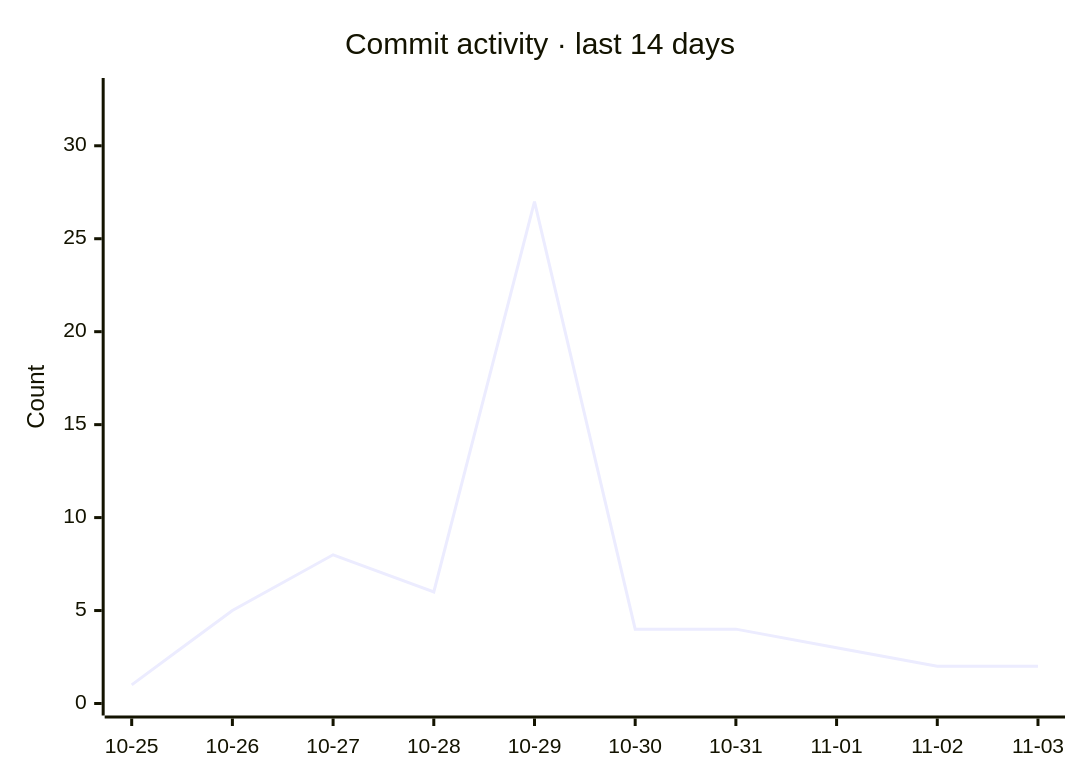
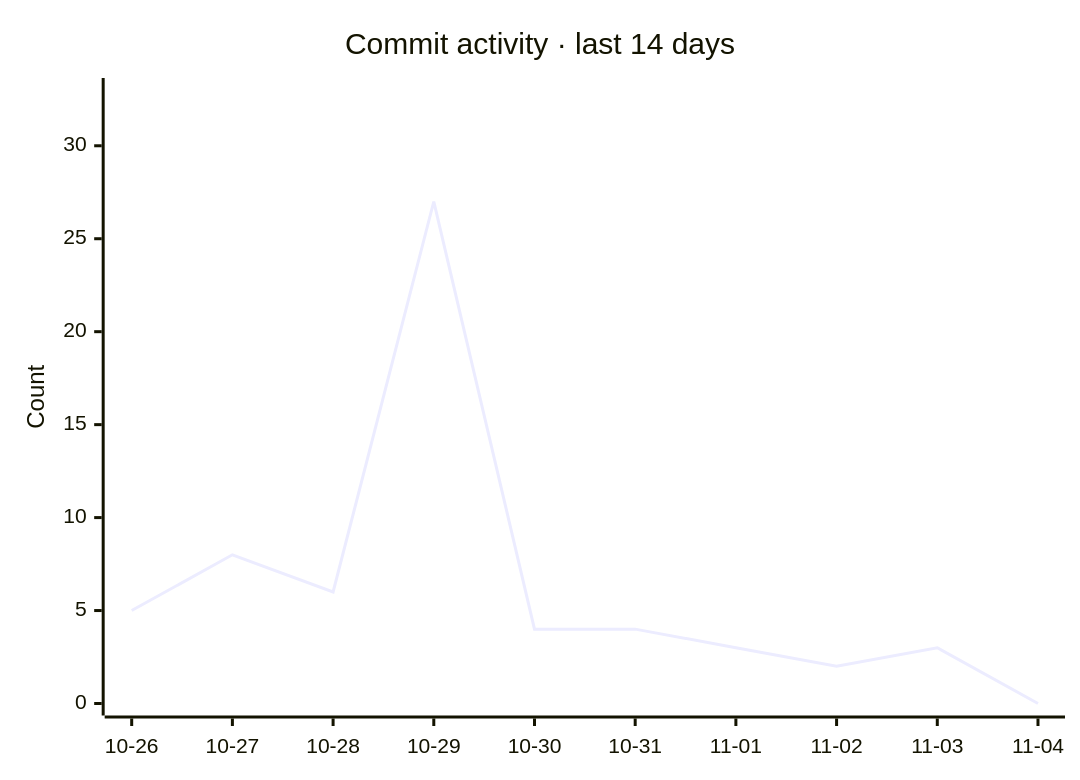
One commit to razzaqinspires/whiskay-bot changed the second of 2 diagrams in README.md. Above: the diagram before and after it, drawn with Mermaid. The commit also changed other lines of this file and 2 other files, not shown here.

Commit message:
chore(metrics): refresh GitHub traffic and update timestamp [skip ci]

````diff
--- a/README.md
+++ b/README.md
@@ -329,7 +329,7 @@
 ```mermaid
 xychart-beta
     title "Commit activity · last 14 days"
-    x-axis ["10-25", "10-26", "10-27", "10-28", "10-29", "10-30", "10-31", "11-01", "11-02", "11-03"]
+    x-axis ["10-26", "10-27", "10-28", "10-29", "10-30", "10-31", "11-01", "11-02", "11-03", "11-04"]
     y-axis "Count" 0 --> 33
-    line [1, 5, 8, 6, 27, 4, 4, 3, 2, 2]
+    line [5, 8, 6, 27, 4, 4, 3, 2, 3, 0]
 ```
````
